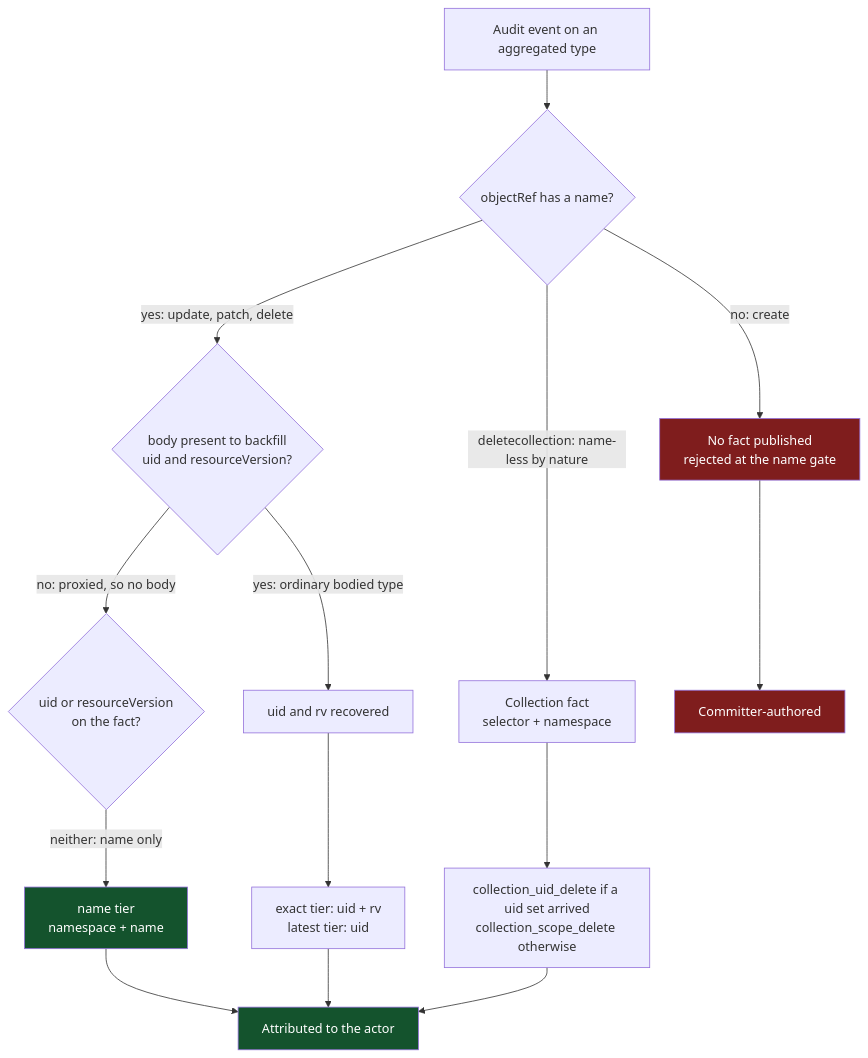
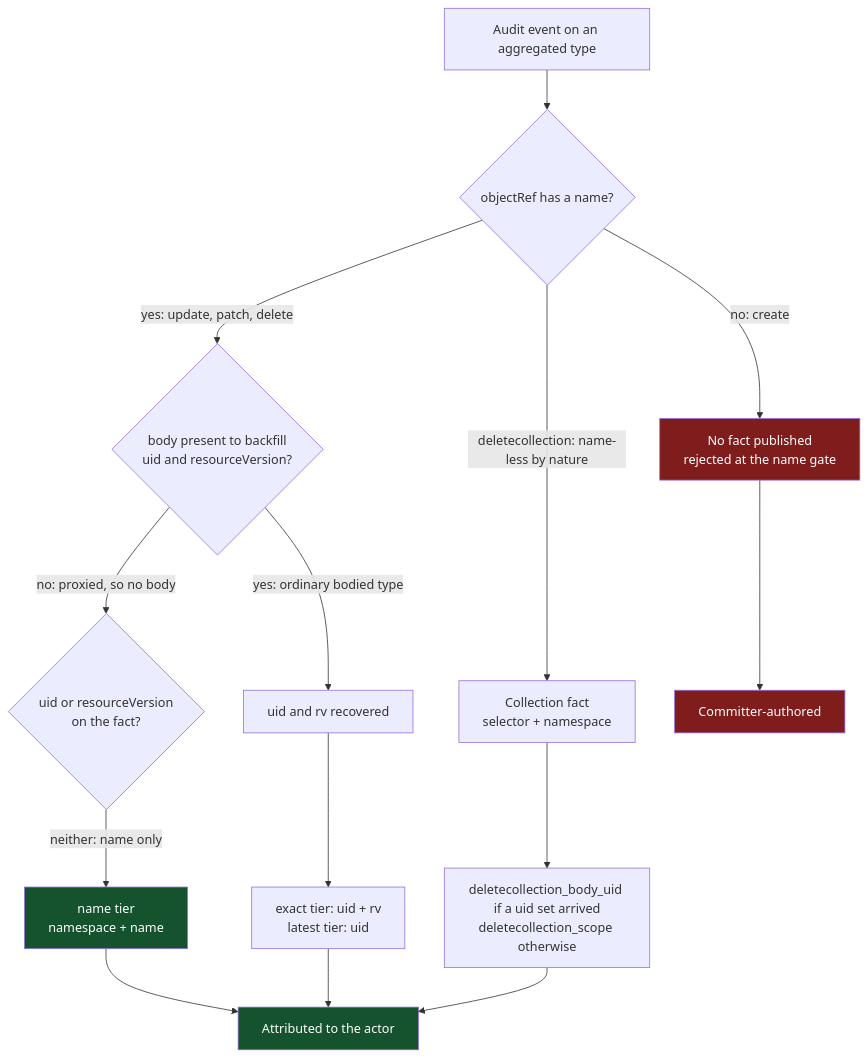
One commit to ConfigButler/gitops-reverser changed the first of 2 diagrams in docs/design/attribution-branch-findings.md. Above: the diagram before and after it, drawn with Mermaid. The commit also changed other lines of this file and 17 other files, not shown here.

````diff
--- a/docs/design/attribution-branch-findings.md
+++ b/docs/design/attribution-branch-findings.md
@@ -59,24 +59,24 @@
 ```mermaid
 flowchart TD
     A[Audit event on an aggregated type] --> B{objectRef has a name?}
     B -->|no: create| C[No fact published<br/>rejected at the name gate]
     B -->|yes: update, patch, delete| D{body present to backfill<br/>uid and resourceVersion?}
     B -->|deletecollection: name-less by nature| E[Collection fact<br/>selector + namespace]
 
     D -->|no: proxied, so no body| F{uid or resourceVersion<br/>on the fact?}
     D -->|yes: ordinary bodied type| G[uid and rv recovered]
 
     F -->|neither: name only| H[name tier<br/>namespace + name]
     G --> I[exact tier: uid + rv<br/>latest tier: uid]
-    E --> J[collection_uid_delete if a uid set arrived<br/>collection_scope_delete otherwise]
+    E --> J[deletecollection_body_uid if a uid set arrived<br/>deletecollection_scope otherwise]
 
     C --> K[Committer-authored]
     H --> L[Attributed to the actor]
     I --> L
     J --> L
 
     style C fill:#7f1d1d,color:#fff
     style K fill:#7f1d1d,color:#fff
     style H fill:#14532d,color:#fff
     style L fill:#14532d,color:#fff
 ```
````
